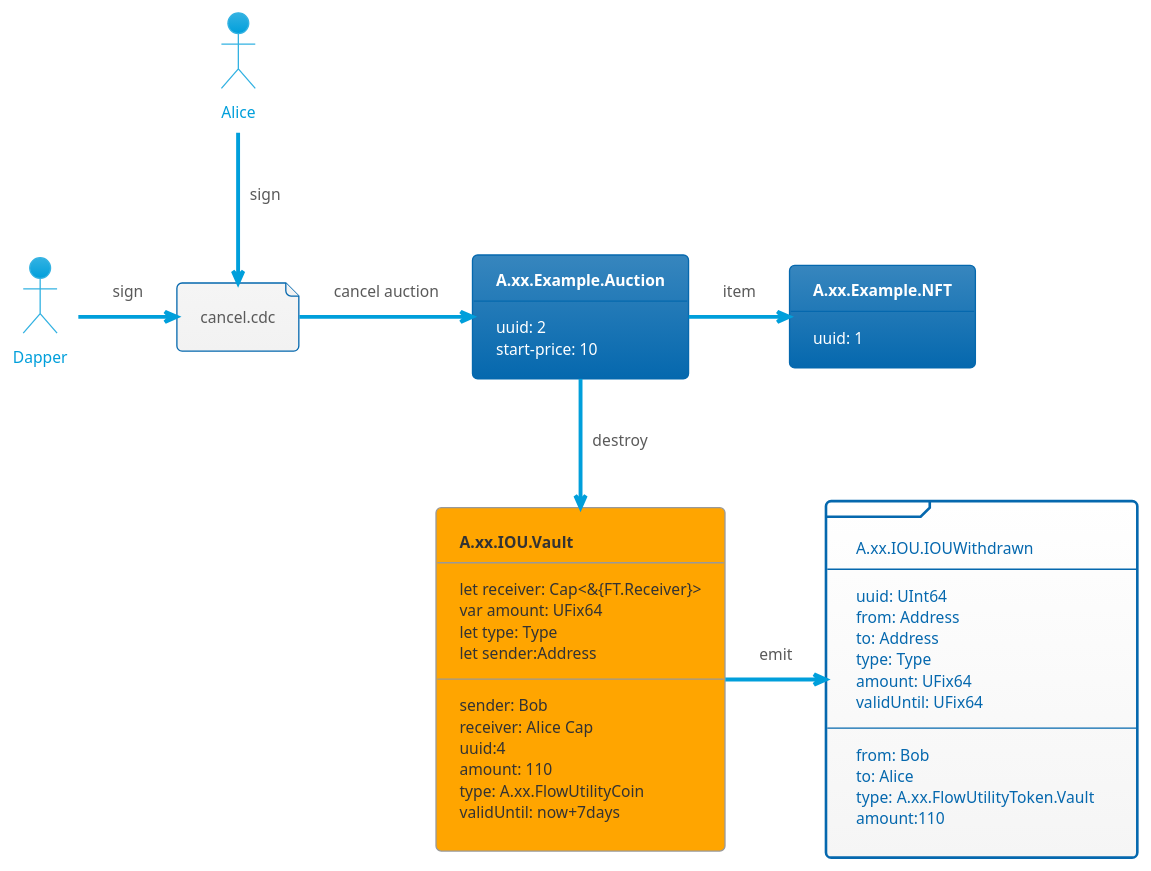
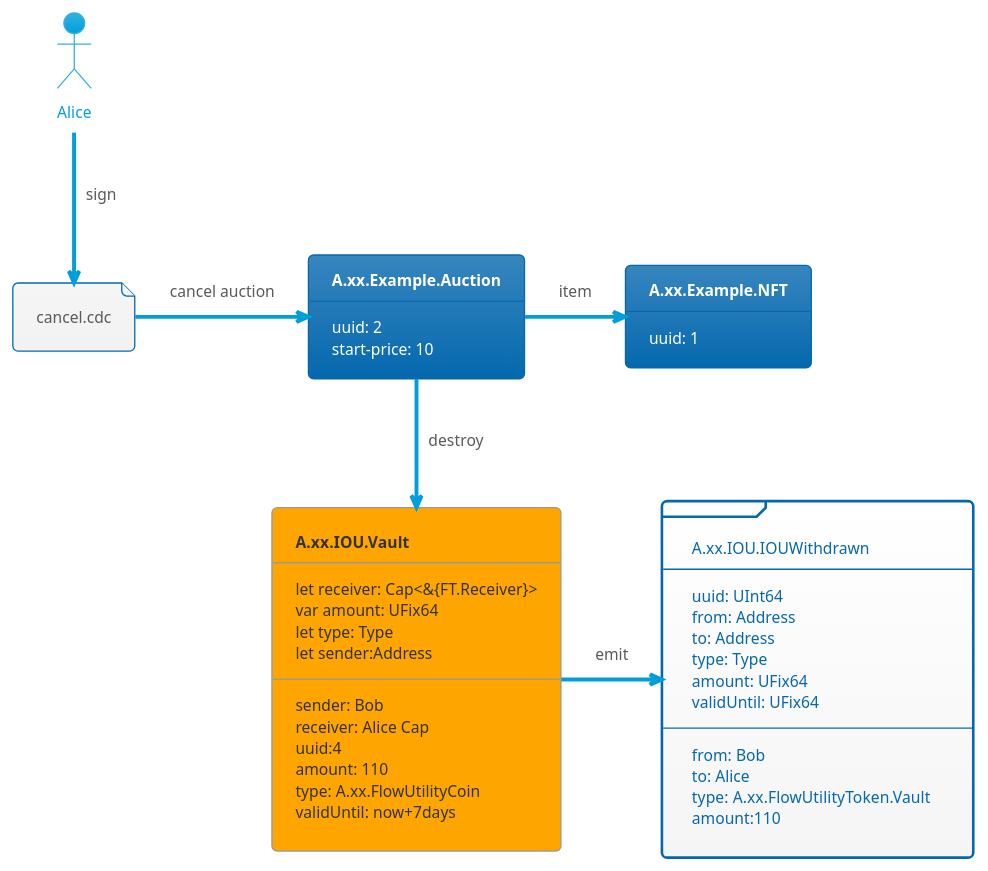
Before and after one commit to findonflow/iou: the diagram in cancelBid.puml, drawn with PlantUML. The commit also changed 8 other files, not shown here.

```diff
--- a/cancelBid.puml
+++ b/cancelBid.puml
@@ -1,67 +1,66 @@
 @startuml
 !theme bluegray
 
 actor Alice
 
 file Bid [
     cancel.cdc
 ]
 
 frame iouupdated [
     A.xx.IOU.IOUWithdrawn
     ---
     uuid: UInt64
     from: Address
     to: Address
     type: Type
     amount: UFix64
     validUntil: UFix64
     ---
     from: Bob
     to: Alice
     type: A.xx.FlowUtilityToken.Vault
     amount:110
 ]
 
 
 card NFT [
     <b>A.xx.Example.NFT
     ---
     uuid: 1
 ]
 
 card Auction [
     <b>A.xx.Example.Auction
     ---
     uuid: 2
     start-price: 10
 ]
 
 agent IOU [
     <b>A.xx.IOU.Vault
     ---
     let receiver: Cap<&{FT.Receiver}>
     var amount: UFix64
     let type: Type
     let sender:Address
     ---
     sender: Bob
     receiver: Alice Cap
     uuid:4
     amount: 110
     type: A.xx.FlowUtilityCoin
     validUntil: now+7days
 ]
 
 Alice --> Bid : sign
-Dapper -right-> Bid: sign
 
 Bid -right-> Auction: cancel auction
 Auction -down-> IOU : destroy
 
 
 Auction -right-> NFT : item 
 
 IOU -right-> iouupdated: emit
 
 @enduml
```
